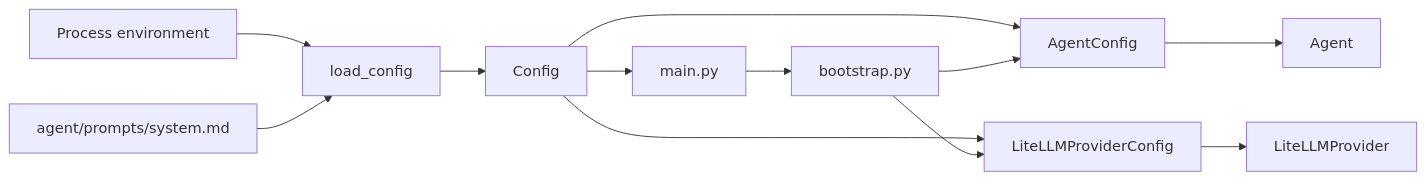
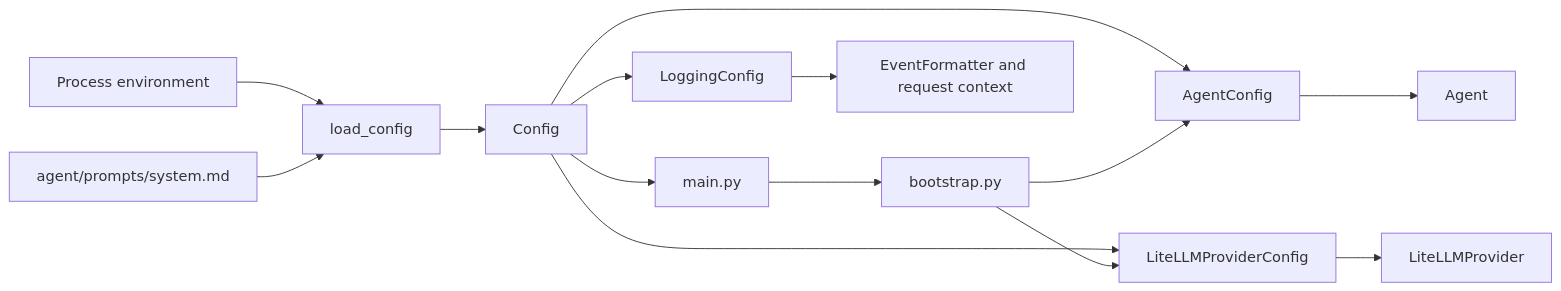
Before and after one commit to Nisakoo/BMSTU-NIRS: the diagram in docs/configuration.md, drawn with Mermaid. The commit also changed other lines of this file and 28 other files, not shown here.

````diff
--- a/docs/configuration.md
+++ b/docs/configuration.md
@@ -23,25 +24,29 @@
 ```mermaid
 flowchart LR
     Environment[Process environment]
     Prompt[agent/prompts/system.md]
     Loader[load_config]
     Config[Config]
     Entrypoint[main.py]
     Bootstrap[bootstrap.py]
     AgentConfig[AgentConfig]
     LLMConfig[LiteLLMProviderConfig]
+    LogConfig[LoggingConfig]
     Agent[Agent]
     Provider[LiteLLMProvider]
+    Logging[EventFormatter and request context]
 
     Environment --> Loader
     Prompt --> Loader
     Loader --> Config
     Config --> Entrypoint
     Entrypoint --> Bootstrap
     Config --> AgentConfig
     Config --> LLMConfig
+    Config --> LogConfig
     Bootstrap --> AgentConfig
     Bootstrap --> LLMConfig
     AgentConfig --> Agent
     LLMConfig --> Provider
+    LogConfig --> Logging
 ```
````
